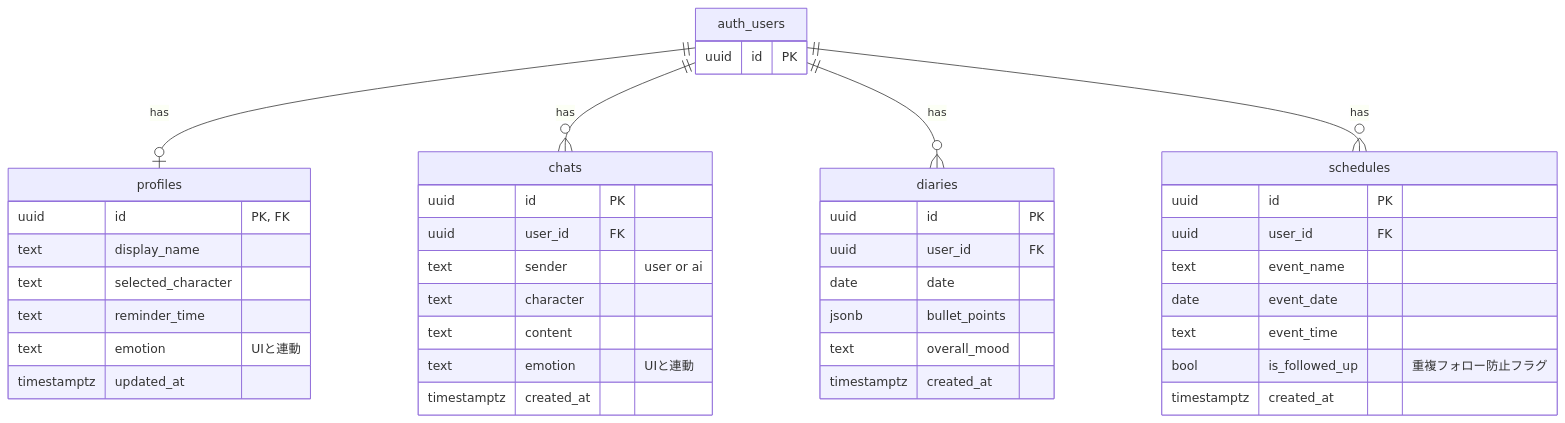
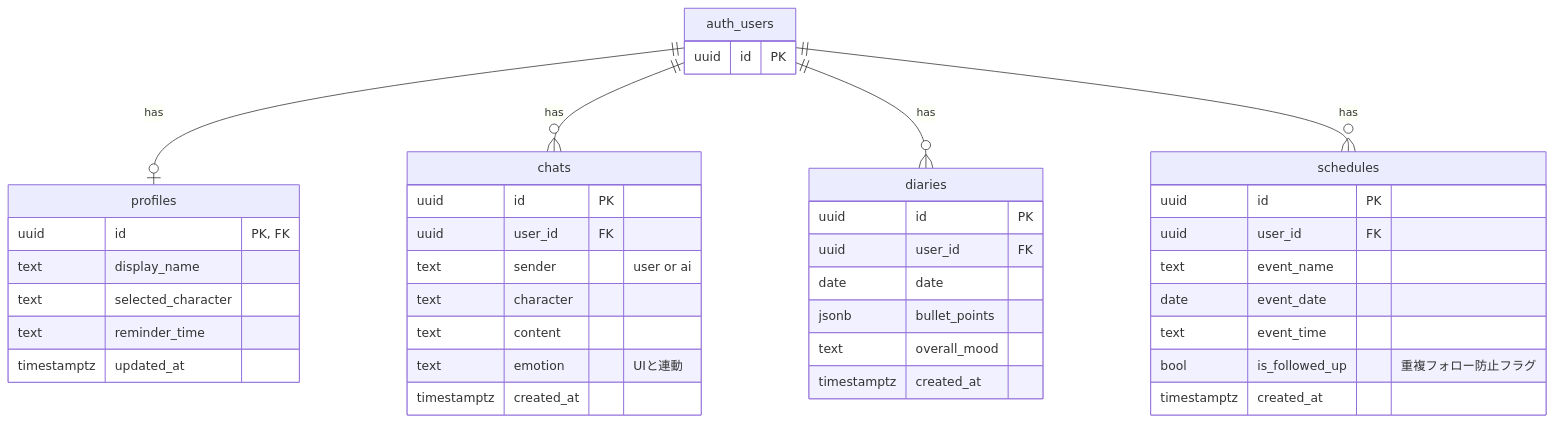
Before and after one commit to aya-hase/pico-app: the diagram in README.md, drawn with Mermaid.

Commit message:
DB構成訂正

````diff
--- a/README.md
+++ b/README.md
@@ -68,45 +68,45 @@
 ```mermaid
 erDiagram
     auth_users ||--o| profiles : "has"
     auth_users ||--o{ chats : "has"
     auth_users ||--o{ diaries : "has"
     auth_users ||--o{ schedules : "has"
 
     auth_users {
         uuid id PK
     }
     profiles {
         uuid id "PK, FK"
         text display_name
         text selected_character
         text reminder_time
-        text emotion "UIと連動"
         timestamptz updated_at
+        
     }
     chats {
         uuid id PK
         uuid user_id FK
         text sender "user or ai"
         text character
         text content
         text emotion "UIと連動"
         timestamptz created_at
     }
     diaries {
         uuid id PK
         uuid user_id FK
         date date
         jsonb bullet_points
         text overall_mood
         timestamptz created_at
     }
     schedules {
         uuid id PK
         uuid user_id FK
         text event_name
         date event_date
         text event_time
         bool is_followed_up "重複フォロー防止フラグ"
         timestamptz created_at
     }
 ```
````
